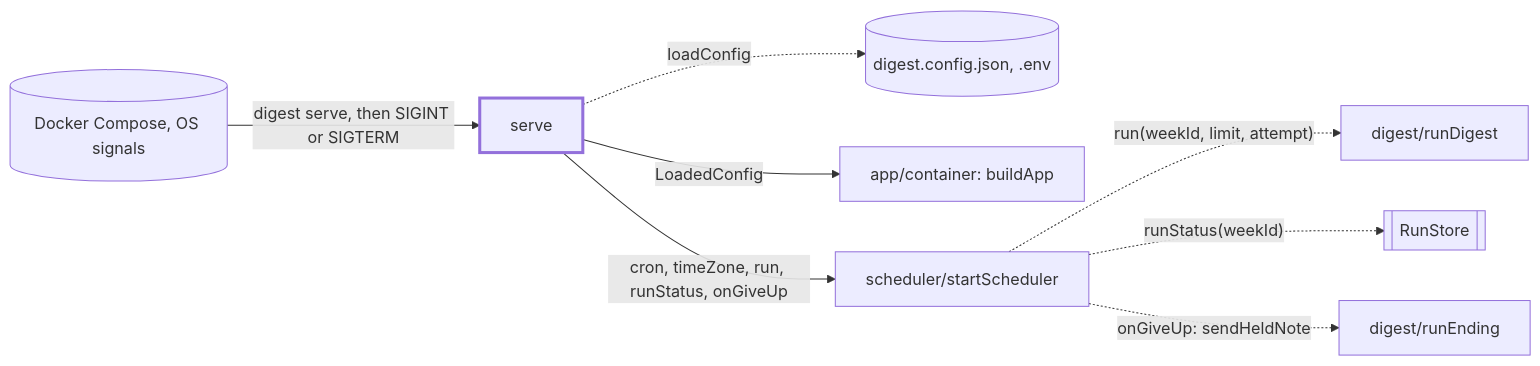
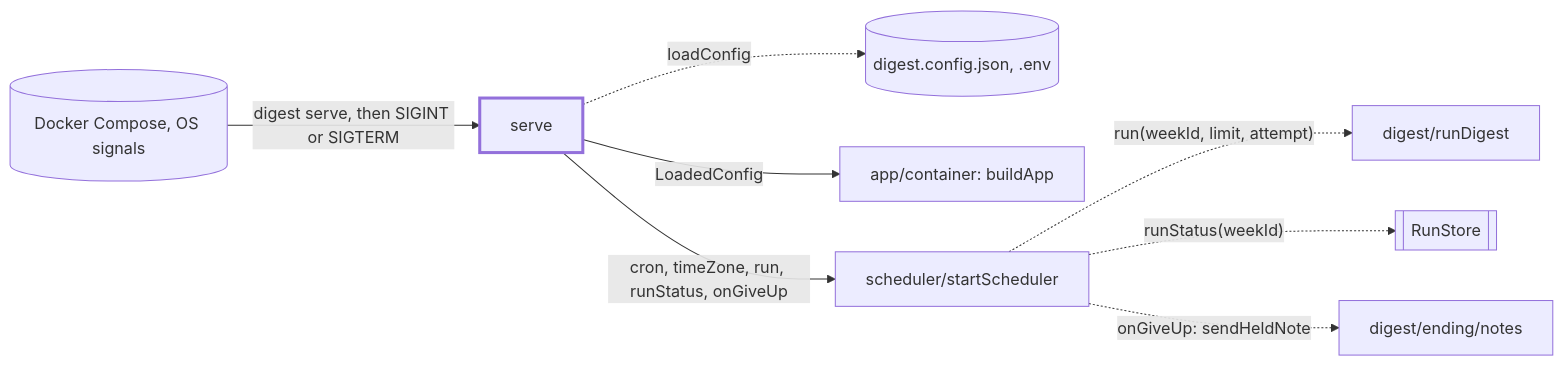
One commit to odere-pro/weekly-engineering-digest-agent changed the first of 2 diagrams in src/cli/serve/CLAUDE.md. Above: the diagram before and after it, drawn with Mermaid. The commit also changed other lines of this file and 119 other files, not shown here.

````diff
--- a/src/cli/serve/CLAUDE.md
+++ b/src/cli/serve/CLAUDE.md
@@ -10,11 +10,11 @@
 ```mermaid
 flowchart LR
   os[("Docker Compose, OS signals")] -->|"digest serve, then SIGINT or SIGTERM"| serve:::focus
   serve -.->|"loadConfig"| cfg[("digest.config.json, .env")]
   serve -->|"LoadedConfig"| app["app/container: buildApp"]
   serve -->|"cron, timeZone, run, runStatus, onGiveUp"| sched["scheduler/startScheduler"]
   sched -.->|"run(weekId, limit, attempt)"| digest["digest/runDigest"]
   sched -.->|"runStatus(weekId)"| store[[RunStore]]
-  sched -.->|"onGiveUp: sendHeldNote"| ending["digest/runEnding"]
+  sched -.->|"onGiveUp: sendHeldNote"| ending["digest/ending/notes"]
   classDef focus stroke-width:3px
 ```
````
